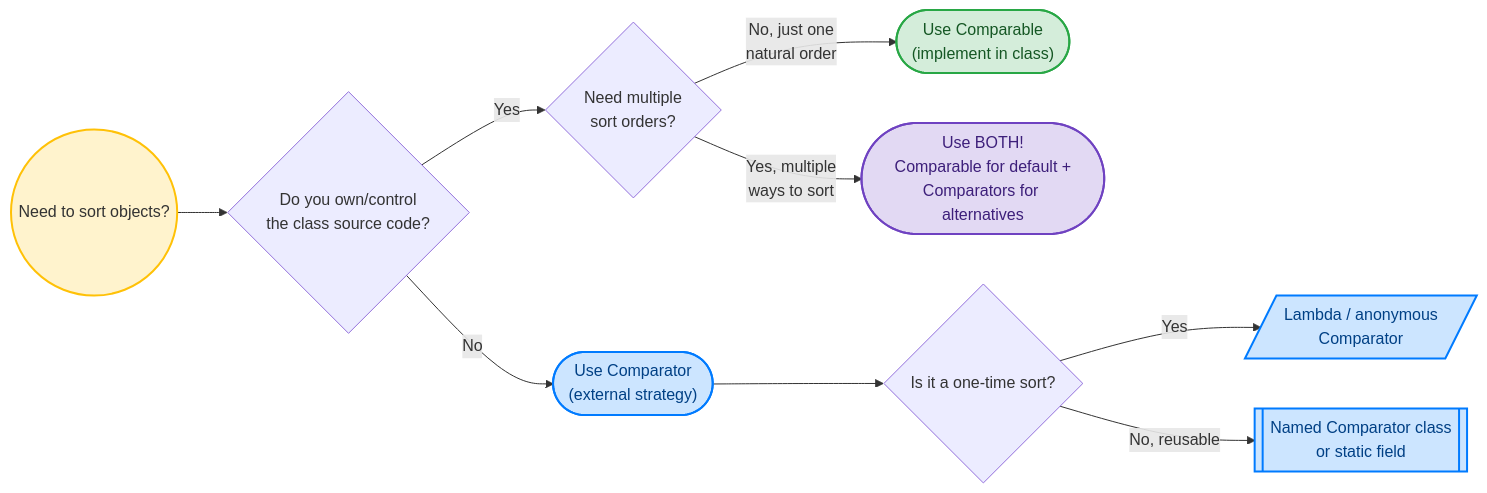
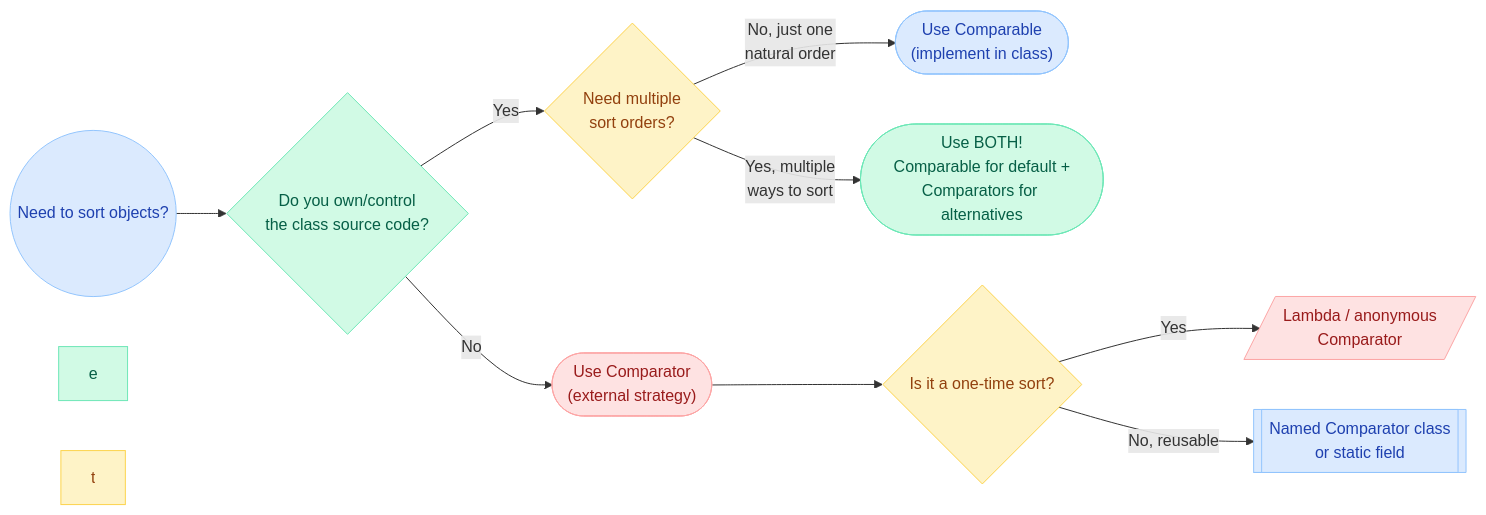
One commit to saivamsikaruturi/vamsilabs-dev-notes-main changed the first of 4 diagrams in docs/java/ComparableComparator.md. Above: the diagram before and after it, drawn with Mermaid. The commit also changed other lines of this file and 220 other files, not shown here.

First line of the commit message:
Add 50+ new Java/Spring Boot pages, rewrite CSS code blocks to Oracle style, fix all diagram colors

````diff
--- a/docs/java/ComparableComparator.md
+++ b/docs/java/ComparableComparator.md
@@ -11,16 +11,23 @@
 ```mermaid
 flowchart LR
-    A(("Need to sort objects?")):::question --> B{"Do you own/control\nthe class source code?"}
+    A(("Need to sort objects?")) --> B{"Do you own/control\nthe class source code?"}
     B -->|Yes| C{"Need multiple\nsort orders?"}
-    B -->|No| D(["Use Comparator\n(external strategy)"]):::comparator
-    C -->|"No, just one\nnatural order"| E(["Use Comparable\n(implement in class)"]):::comparable
-    C -->|"Yes, multiple\nways to sort"| F(["Use BOTH!\nComparable for default +\nComparators for alternatives"]):::both
+    B -->|No| D(["Use Comparator\n(external strategy)"])
+    C -->|"No, just one\nnatural order"| E(["Use Comparable\n(implement in class)"])
+    C -->|"Yes, multiple\nways to sort"| F(["Use BOTH!\nComparable for default +\nComparators for alternatives"])
     D --> G{"Is it a one-time sort?"}
-    G -->|Yes| H[/"Lambda / anonymous\nComparator"/]:::comparator
-    G -->|No, reusable| I[["Named Comparator class\nor static field"]]:::comparator
+    G -->|Yes| H[/"Lambda / anonymous\nComparator"/]
+    G -->|No, reusable| I[["Named Comparator class\nor static field"]]
 
-    classDef question fill:#fff3cd,stroke:#ffc107,stroke-width:2px,color:#333
-    classDef comparable fill:#d4edda,stroke:#28a745,stroke-width:2px,color:#155724
-    classDef comparator fill:#cce5ff,stroke:#007bff,stroke-width:2px,color:#004085
-    classDef both fill:#e2d9f3,stroke:#6f42c1,stroke-width:2px,color:#3d1f7a
+    style A fill:#DBEAFE,stroke:#93C5FD,color:#1E40AF
+    style B fill:#D1FAE5,stroke:#6EE7B7,color:#065F46
+    style C fill:#FEF3C7,stroke:#FCD34D,color:#92400E
+    style D fill:#FEE2E2,stroke:#FCA5A5,color:#991B1B
+    style E fill:#DBEAFE,stroke:#93C5FD,color:#1E40AF
+    style F fill:#D1FAE5,stroke:#6EE7B7,color:#065F46
+    style G fill:#FEF3C7,stroke:#FCD34D,color:#92400E
+    style H fill:#FEE2E2,stroke:#FCA5A5,color:#991B1B
+    style I fill:#DBEAFE,stroke:#93C5FD,color:#1E40AF
+    style e fill:#D1FAE5,stroke:#6EE7B7,color:#065F46
+    style t fill:#FEF3C7,stroke:#FCD34D,color:#92400E
 ```
````
